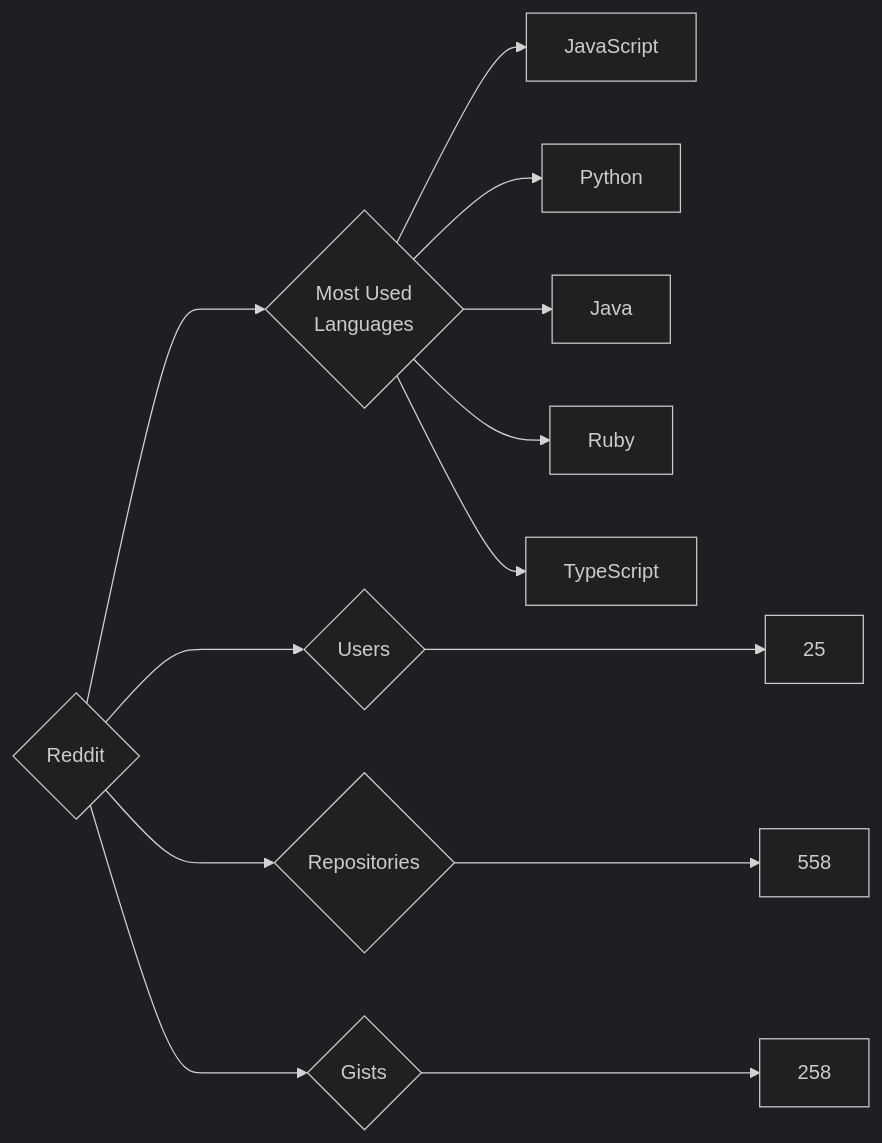
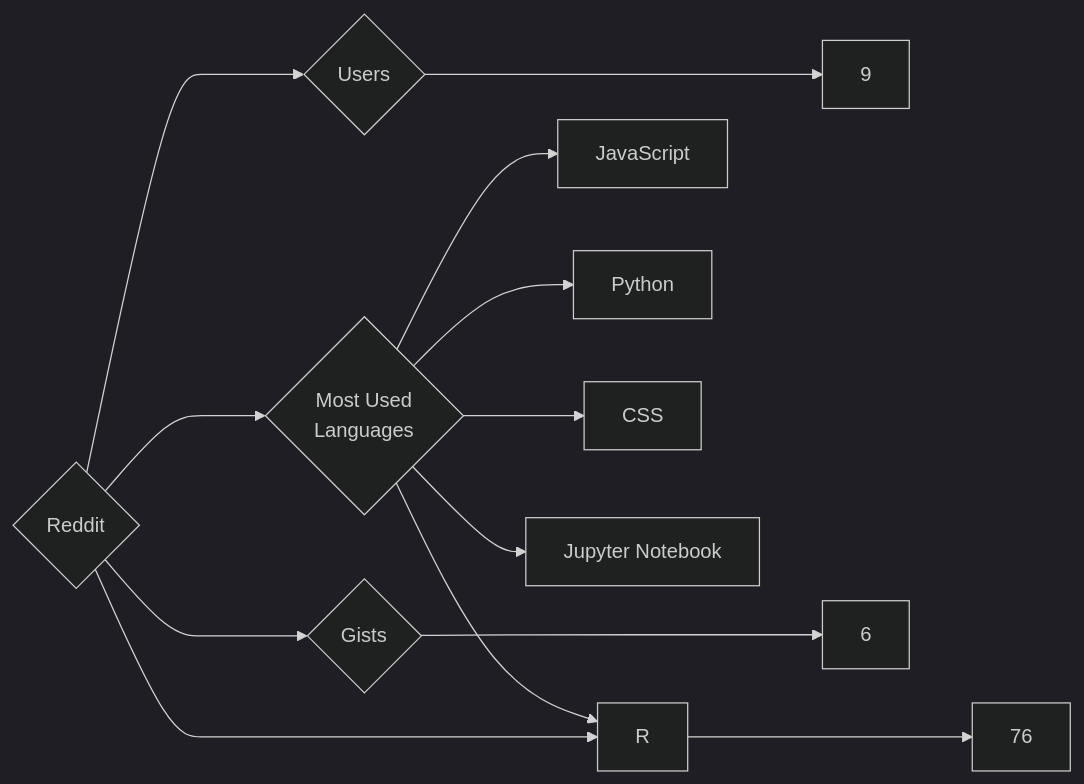
The diagram in targets/Reddit/README.md (trickest/insiders), drawn with Mermaid (dark theme) before and after one commit. The commit also changed 582 other files, not shown here.

````diff
--- a/targets/Reddit/README.md
+++ b/targets/Reddit/README.md
@@ -3,13 +3,13 @@
 ```mermaid
 graph LR
 COMPANY_NAME{Reddit}
-COMPANY_NAME ---> U{Users} ---> UN[25]
-COMPANY_NAME ---> R{Repositories} ---> RN[558]
-COMPANY_NAME ---> G{Gists} ---> GN[258]
+COMPANY_NAME ---> U{Users} ---> UN[9]
+COMPANY_NAME ---> R{Repositories} ---> RN[76]
+COMPANY_NAME ---> G{Gists} ---> GN[6]
 COMPANY_NAME ---> ML{Most Used<br>Languages}
 ML --> JavaScript[JavaScript]
 ML --> Python[Python]
-ML --> Java[Java]
-ML --> Ruby[Ruby]
-ML --> TypeScript[TypeScript]
+ML --> R[R]
+ML --> CSS[CSS]
+ML --> Jupyter_Notebook[Jupyter Notebook]
 ```
````
